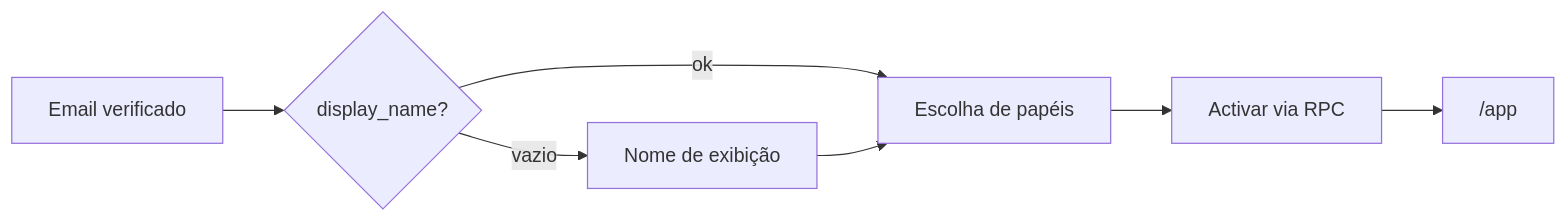
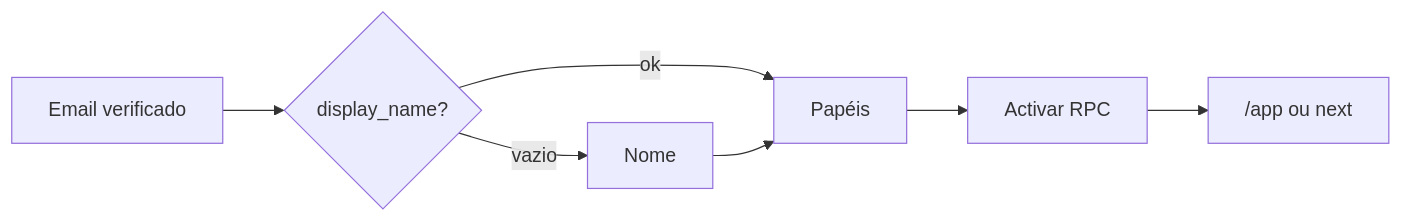
Before and after one commit to EduardoZ121/Site_Angola: the second of 3 diagrams in docs/proposals/PRD_001_AUTHENTICATION_SPEC.md, drawn with Mermaid. The commit also changed other lines of this file and 1 other file, not shown here.

First line of the commit message:
docs(prd-001): add UX principle and restructure Block 2 flows

````diff
--- a/docs/proposals/PRD_001_AUTHENTICATION_SPEC.md
+++ b/docs/proposals/PRD_001_AUTHENTICATION_SPEC.md
@@ -313,9 +628,9 @@
 ```mermaid
 flowchart LR
   V[Email verificado] --> N{display_name?}
-  N -->|vazio| P[Nome de exibição]
-  N -->|ok| R[Escolha de papéis]
+  N -->|vazio| P[Nome]
+  N -->|ok| R[Papéis]
   P --> R
-  R --> S[Activar via RPC]
-  S --> A["/app"]
+  R --> S[Activar RPC]
+  S --> A["/app ou next"]
 ```
````
